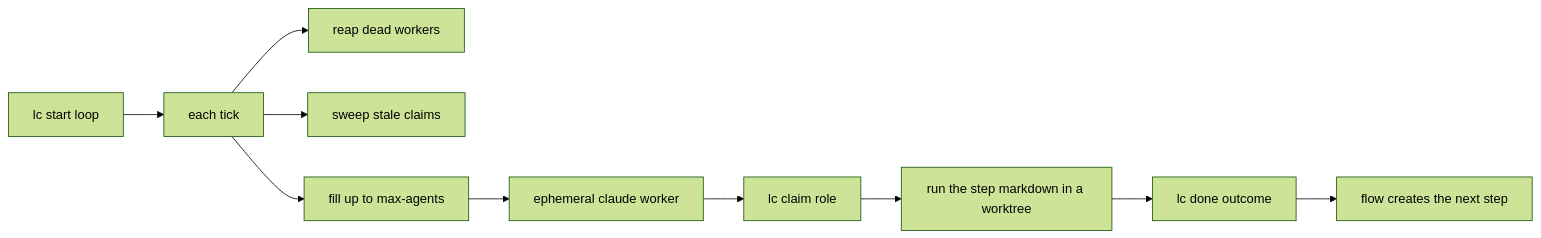
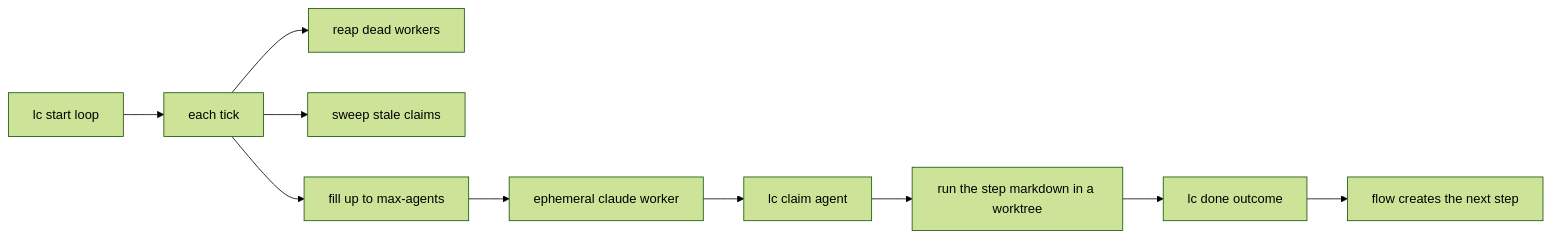
One commit to kenmclennan/lightcycle changed the second of 2 diagrams in docs/architecture.md. Above: the diagram before and after it, drawn with Mermaid (forest theme). The commit also changed other lines of this file and 92 other files, not shown here.

````diff
--- a/docs/architecture.md
+++ b/docs/architecture.md
@@ -38,12 +38,12 @@
 ```mermaid
 graph LR
   loop[lc start loop] --> tick[each tick]
   tick --> reap[reap dead workers]
   tick --> sweep[sweep stale claims]
   tick --> fill[fill up to max-agents]
   fill --> worker[ephemeral claude worker]
-  worker --> claim[lc claim role]
+  worker --> claim[lc claim agent]
   claim --> run[run the step markdown in a worktree]
   run --> done[lc done outcome]
   done --> next[flow creates the next step]
 ```
````
